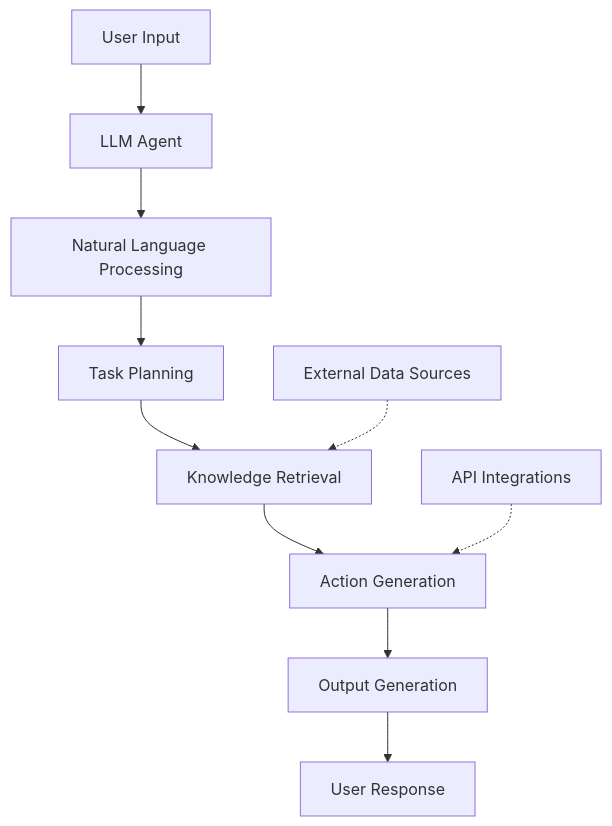
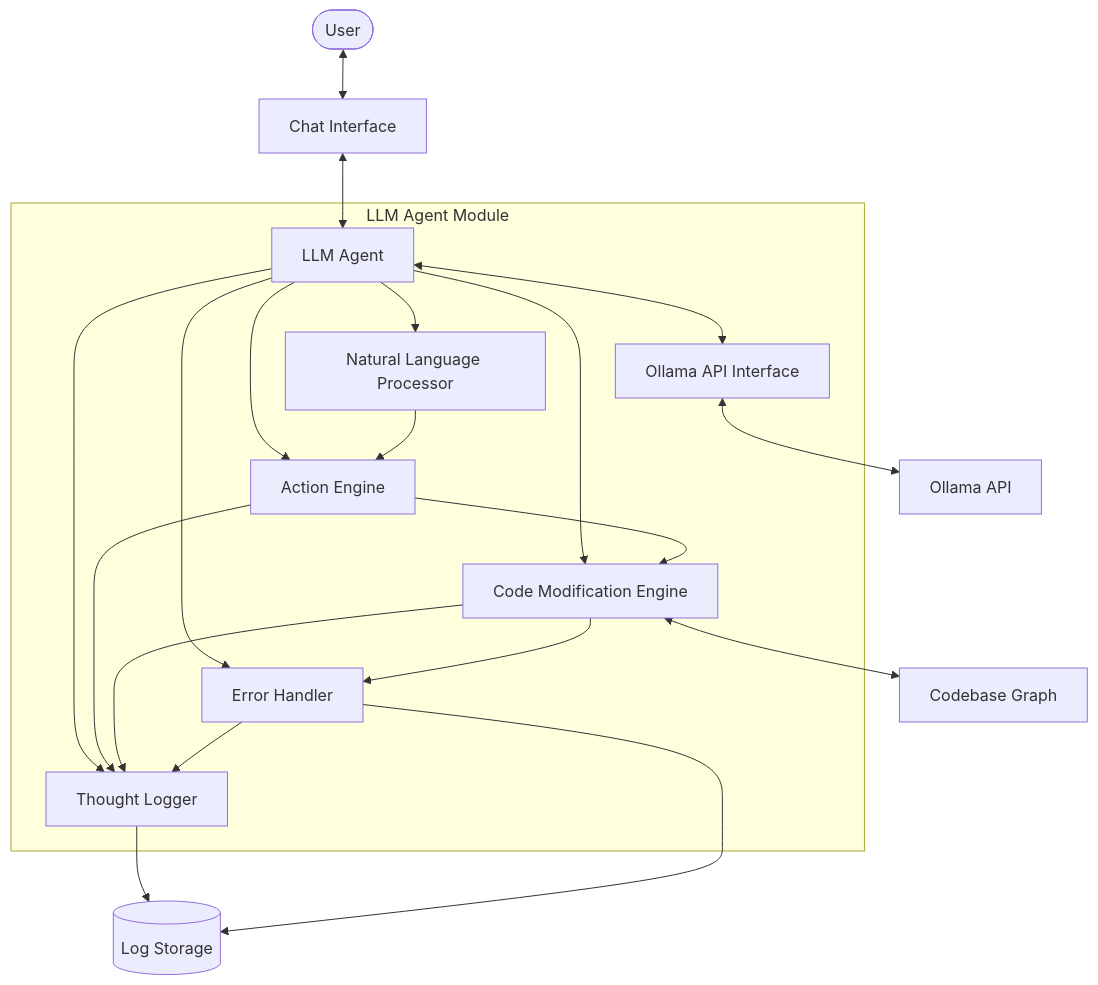
One commit to peytontolbert/GCBMS changed the diagram in codebase_docs/modules/llm_agent_module.md. Above: the diagram before and after it, drawn with Mermaid.

Commit message:
llm_agent_module.md mermaid diagram2

````diff
--- a/codebase_docs/modules/llm_agent_module.md
+++ b/codebase_docs/modules/llm_agent_module.md
@@ -442,13 +442,27 @@
 ```mermaid
 graph TD
-    A[User Input] --> B[LLM Agent]
-    B --> C[Natural Language Processing]
-    C --> D[Task Planning]
-    D --> E[Knowledge Retrieval]
-    E --> F[Action Generation]
-    F --> G[Output Generation]
-    G --> H[User Response]
+    User([User]) <--> ChatInterface[Chat Interface]
+    ChatInterface <--> LLMAgent[LLM Agent]
     
-    I[External Data Sources] -.-> E
-    J[API Integrations] -.-> F
+    subgraph LLM Agent Module
+        LLMAgent --> NLP[Natural Language Processor]
+        LLMAgent --> AE[Action Engine]
+        LLMAgent --> CME[Code Modification Engine]
+        LLMAgent --> EH[Error Handler]
+        LLMAgent --> TL[Thought Logger]
+        LLMAgent <--> OAI[Ollama API Interface]
+    end
+    
+    NLP --> AE
+    AE --> CME
+    CME --> EH
+    AE --> TL
+    CME --> TL
+    EH --> TL
+    
+    OAI <--> OllamaAPI[Ollama API]
+    
+    CME <--> CodebaseGraph[Codebase Graph]
+    TL --> LogStorage[(Log Storage)]
+    EH --> LogStorage
 ```
````
